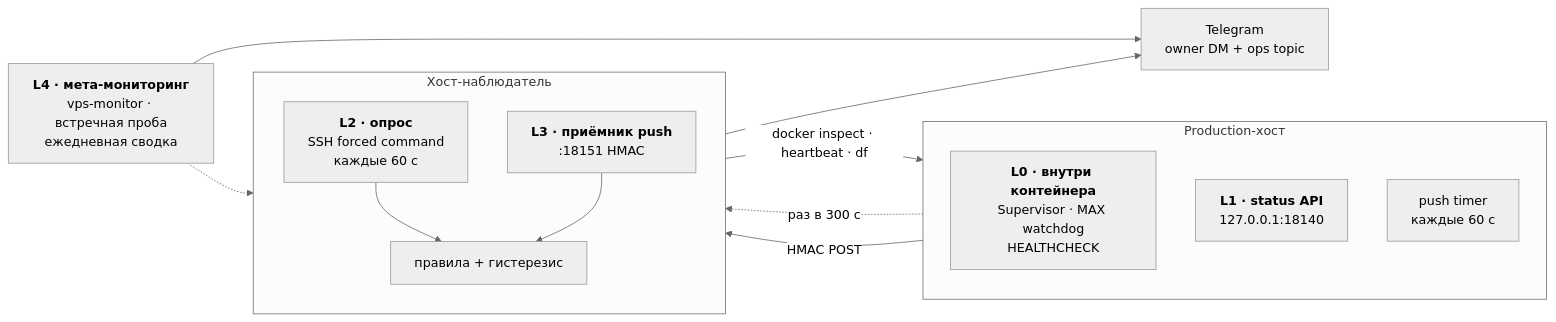
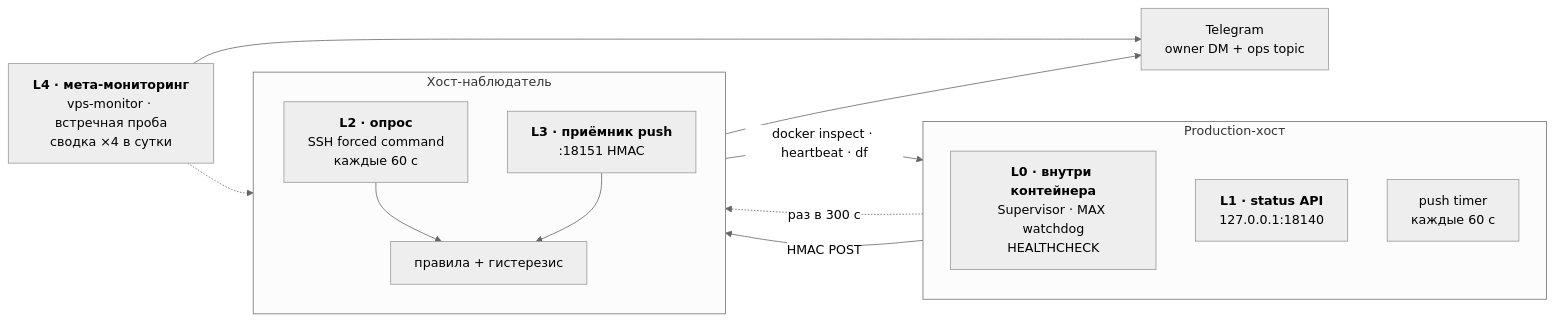
The diagram in docs/runbooks/watchdog.md (eiler2005/maxgram), drawn with Mermaid (neutral theme) before and after one commit. The commit also changed other lines of this file and 7 other files, not shown here.

````diff
--- a/docs/runbooks/watchdog.md
+++ b/docs/runbooks/watchdog.md
@@ -75,28 +75,28 @@
 ```mermaid
 flowchart LR
     subgraph PROD["Production-хост"]
         direction TB
         L0["<b>L0 · внутри контейнера</b><br/>Supervisor · MAX watchdog<br/>HEALTHCHECK"]
         L1["<b>L1 · status API</b><br/>127.0.0.1:18140"]
         PUSH["push timer<br/>каждые 60 с"]
     end
 
     subgraph OBS["Хост-наблюдатель"]
         direction TB
         L2["<b>L2 · опрос</b><br/>SSH forced command<br/>каждые 60 с"]
         L3["<b>L3 · приёмник push</b><br/>:18151 HMAC"]
         RULES["правила + гистерезис"]
     end
 
-    L4["<b>L4 · мета-мониторинг</b><br/>vps-monitor · встречная проба<br/>ежедневная сводка"]
+    L4["<b>L4 · мета-мониторинг</b><br/>vps-monitor · встречная проба<br/>сводка ×4 в сутки"]
     TG["Telegram<br/>owner DM + ops topic"]
 
     L2 -->|"docker inspect · heartbeat · df"| PROD
     L1 -.->|"раз в 300 с"| L2
     PUSH -->|"HMAC POST"| L3
     L2 --> RULES
     L3 --> RULES
     RULES --> TG
     L4 -.-> OBS
     L4 --> TG
 ```
````
